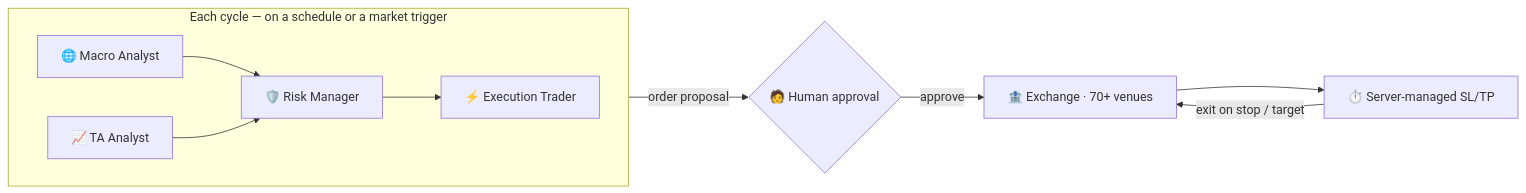
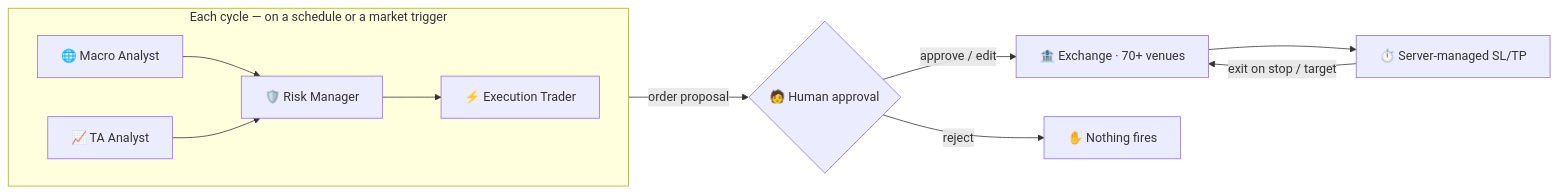
Before and after one commit to melaya-labs/melaya: the first of 3 diagrams in docs/agentic-trading.md, drawn with Mermaid. The commit also changed other lines of this file and 29 other files, not shown here.

````diff
--- a/docs/agentic-trading.md
+++ b/docs/agentic-trading.md
@@ -11,17 +13,18 @@
 ```mermaid
 flowchart LR
     subgraph cycle["Each cycle — on a schedule or a market trigger"]
         direction LR
         M["🌐 Macro Analyst"]
         T["📈 TA Analyst"]
         R["🛡️ Risk Manager"]
         E["⚡ Execution Trader"]
         M --> R
         T --> R
         R --> E
     end
     E -->|order proposal| H{"🧑 Human approval"}
-    H -->|approve| X["🏦 Exchange · 70+ venues"]
+    H -->|approve / edit| X["🏦 Exchange · 70+ venues"]
+    H -->|reject| Z["✋ Nothing fires"]
     X --> W["⏱️ Server-managed SL/TP"]
     W -->|exit on stop / target| X
 ```
````
